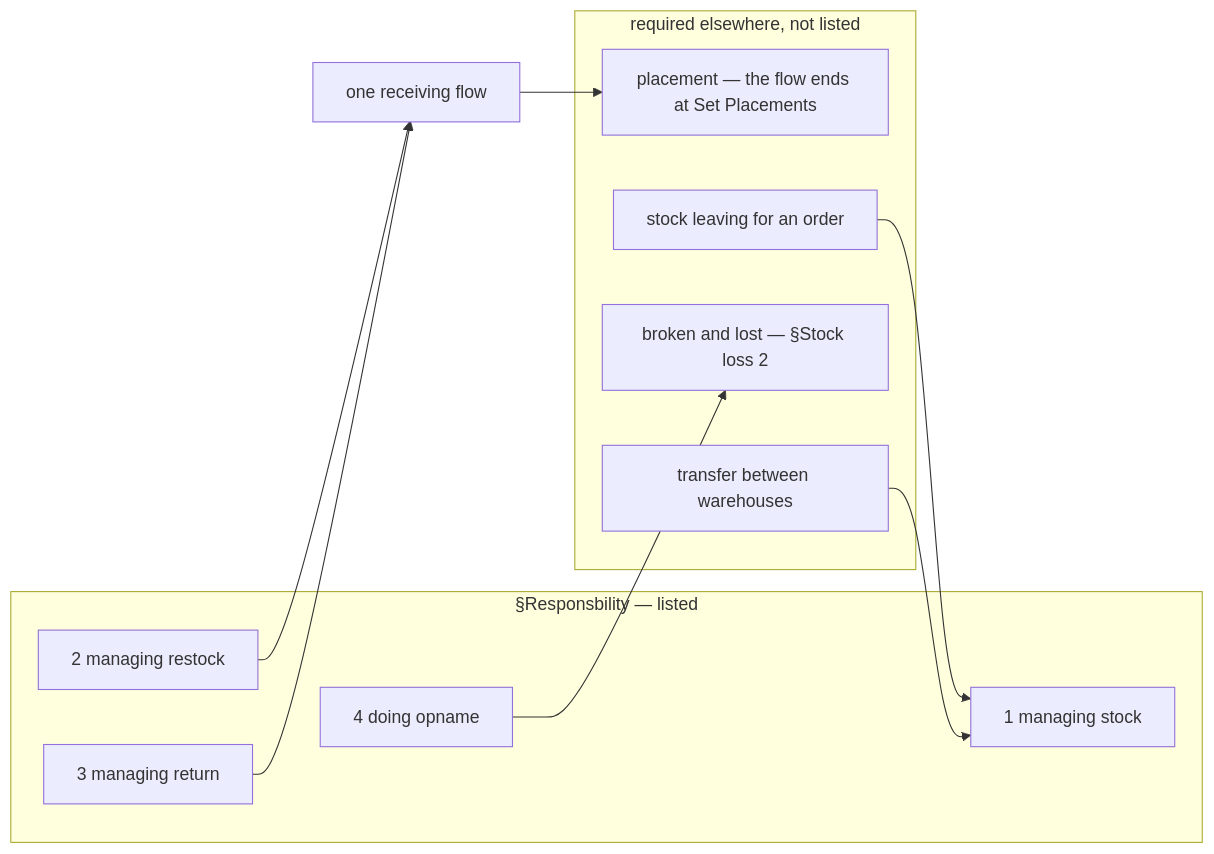
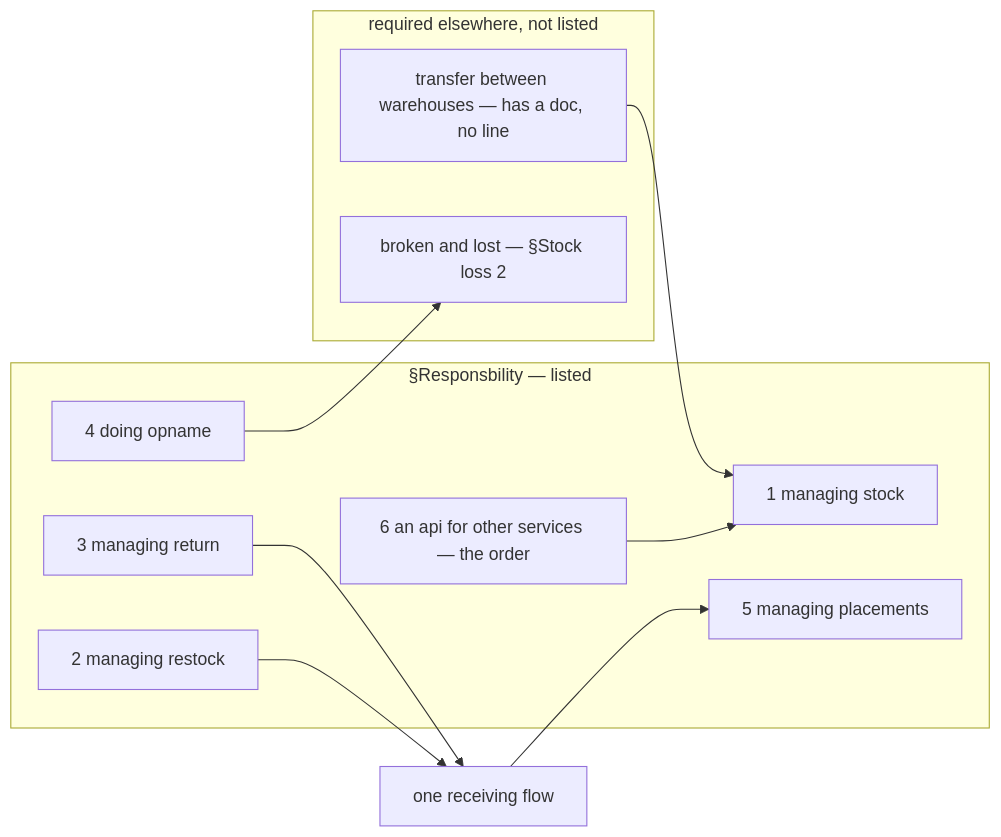
One commit to pdcgo/warehouse_revamp changed the sixth of 12 diagrams in docs/business/inventory/context_clarify.md. Above: the diagram before and after it, drawn with Mermaid. The commit also changed other lines of this file and 15 other files, not shown here.

````diff
--- a/docs/business/inventory/context_clarify.md
+++ b/docs/business/inventory/context_clarify.md
@@ -44,21 +286,21 @@
 ```mermaid
 flowchart LR
   subgraph listed["§Responsbility — listed"]
     stk["1 managing stock"]
     rst["2 managing restock"]
     ret["3 managing return"]
     opn["4 doing opname"]
+    plc["5 managing placements"]
+    api["6 an api for other services — the order"]
   end
   subgraph missing["required elsewhere, not listed"]
-    plc["placement — the flow ends at Set Placements"]
-    trf["transfer between warehouses"]
+    trf["transfer between warehouses — has a doc, no line"]
     wo["broken and lost — §Stock loss 2"]
-    pick["stock leaving for an order"]
   end
   rst --> rcv["one receiving flow"]
   ret --> rcv
   rcv --> plc
   opn --> wo
-  pick --> stk
+  api --> stk
   trf --> stk
 ```
````
